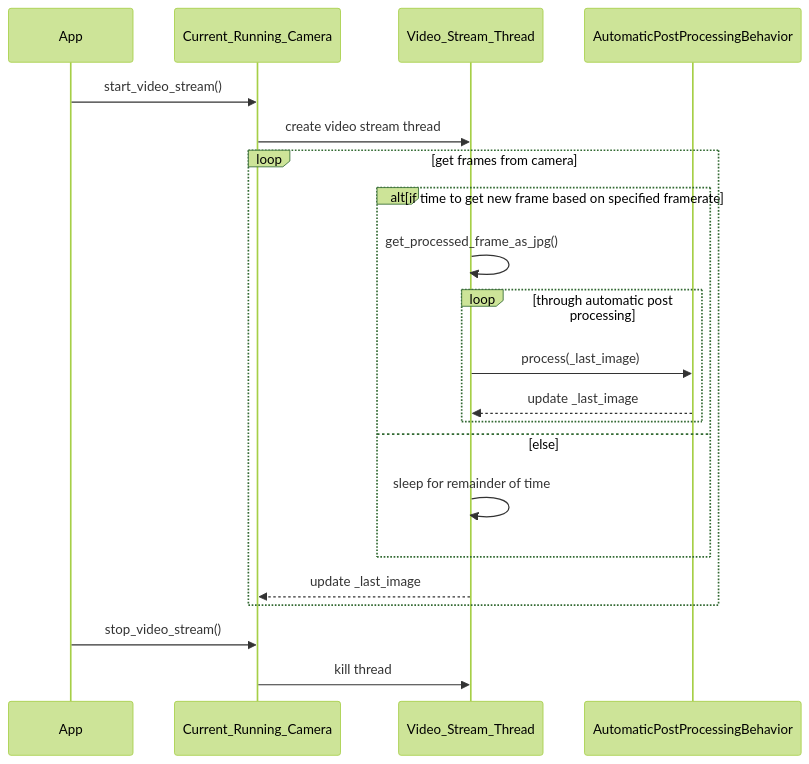
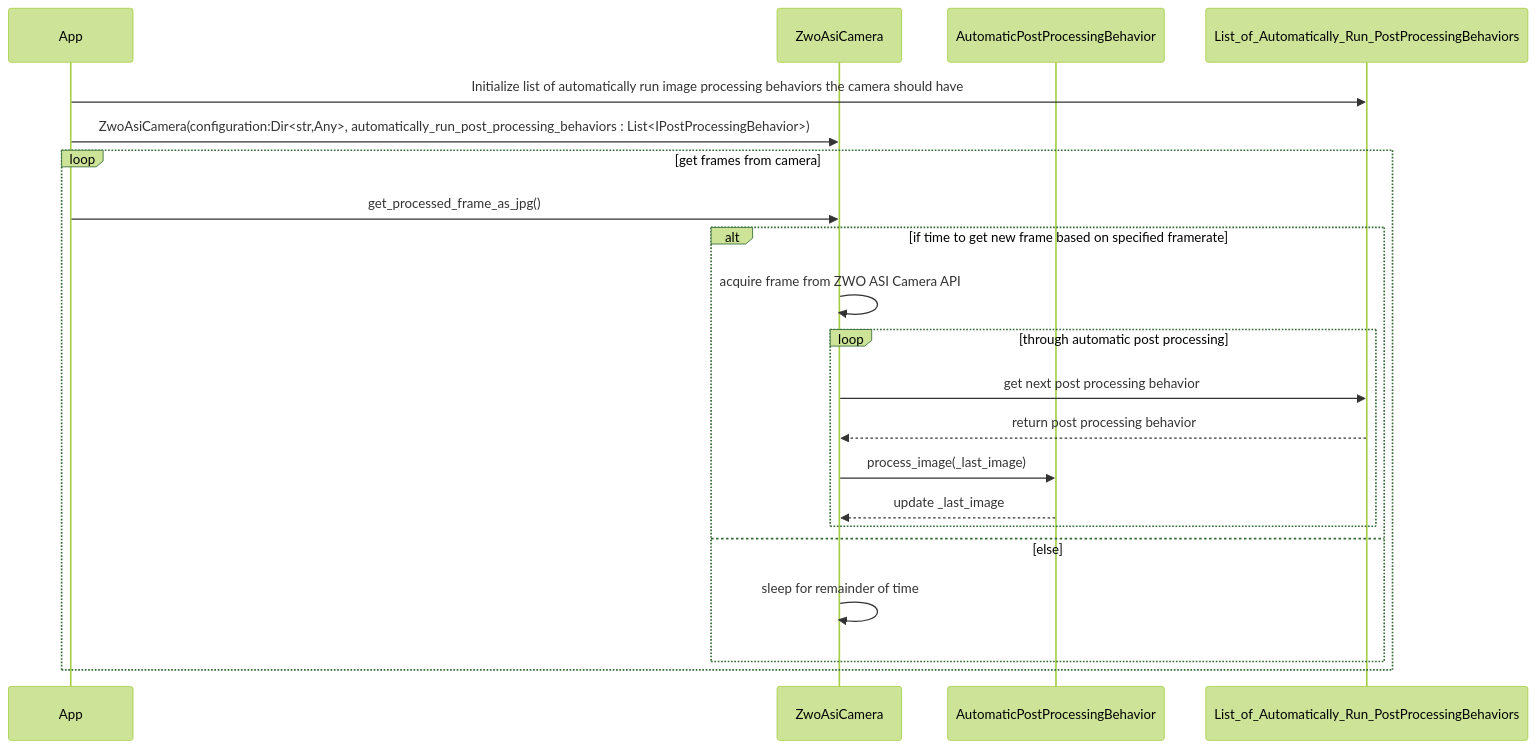
Before and after one commit to mgrandau/telescope-control: the fifth of 5 diagrams in application/asi-camera-design.md, drawn with Mermaid (forest theme). The commit also changed other lines of this file, not shown here.

````diff
--- a/application/asi-camera-design.md
+++ b/application/asi-camera-design.md
@@ -147,26 +190,29 @@
 ```mermaid
 sequenceDiagram
   participant App
-  participant Current_Running_Camera
-  participant Video_Stream_Thread
+  participant ZwoAsiCamera
   participant AutomaticPostProcessingBehavior
 
-  App->>Current_Running_Camera: start_video_stream()
-  Current_Running_Camera ->> Video_Stream_Thread: create video stream thread
+  App->>List_of_Automatically_Run_PostProcessingBehaviors: Initialize list of automatically run image processing behaviors the camera should have
+  App->>ZwoAsiCamera: ZwoAsiCamera(configuration:Dir<str,Any>, automatically_run_post_processing_behaviors : List<IPostProcessingBehavior>)
+
   loop get frames from camera
+    App->>ZwoAsiCamera: get_processed_frame_as_jpg()
     alt if time to get new frame based on specified framerate
-      Video_Stream_Thread->>Video_Stream_Thread: get_processed_frame_as_jpg()
+      ZwoAsiCamera->>ZwoAsiCamera: acquire frame from ZWO ASI Camera API
       loop through automatic post processing
-        Video_Stream_Thread->>AutomaticPostProcessingBehavior: process(_last_image)
-        AutomaticPostProcessingBehavior-->>Video_Stream_Thread: update _last_image
+        ZwoAsiCamera->>List_of_Automatically_Run_PostProcessingBehaviors: get next post processing behavior
+
+        List_of_Automatically_Run_PostProcessingBehaviors-->>ZwoAsiCamera: return post processing behavior
+        
+        ZwoAsiCamera->>AutomaticPostProcessingBehavior: process_image(_last_image)
+        
+        AutomaticPostProcessingBehavior-->>ZwoAsiCamera: update _last_image
       end
     else else
-      Video_Stream_Thread->>Video_Stream_Thread: sleep for remainder of time
+      ZwoAsiCamera->>ZwoAsiCamera: sleep for remainder of time
     end
 
-    Video_Stream_Thread-->>Current_Running_Camera: update _last_image
   end
 
-  App->>Current_Running_Camera: stop_video_stream()
-  Current_Running_Camera ->> Video_Stream_Thread: kill thread
 ```
````
